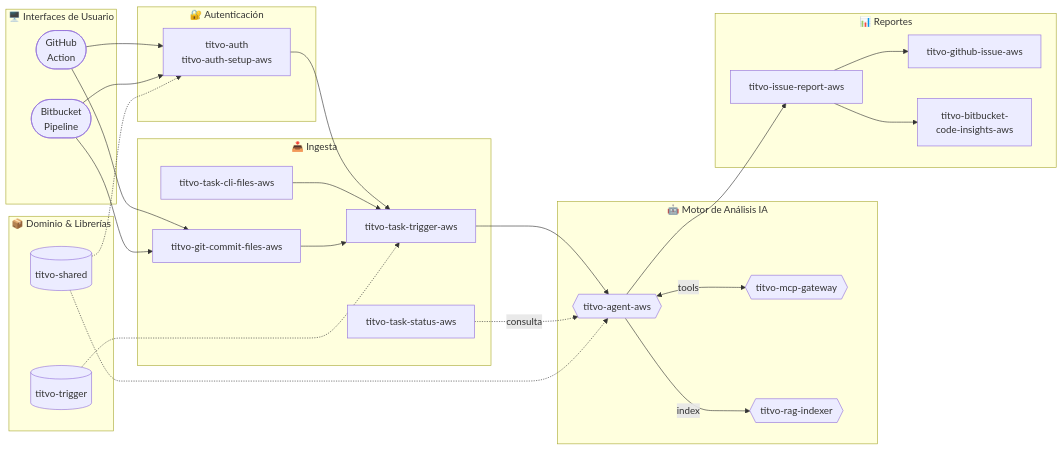
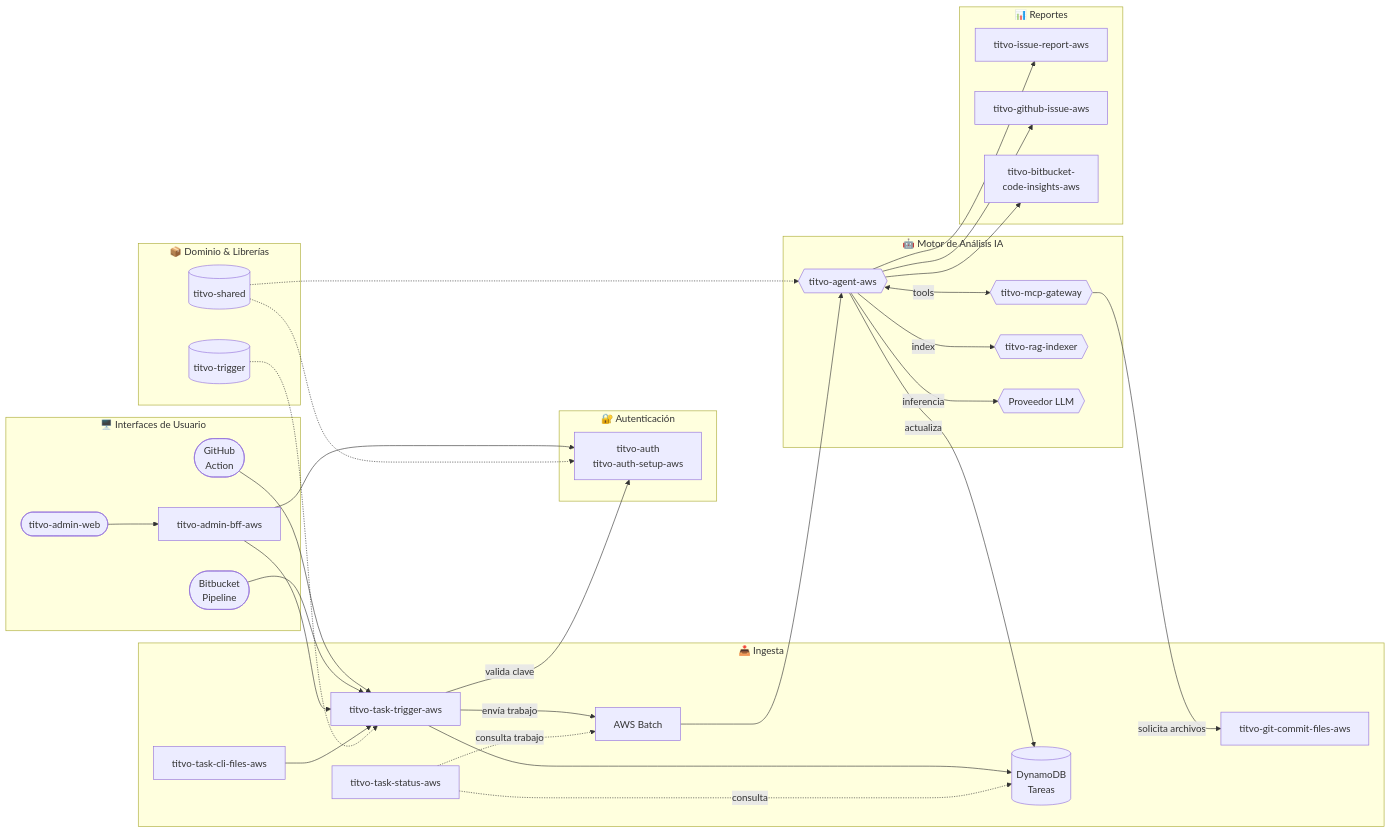
The diagram in README.md (KaribuLab/titvo), drawn with Mermaid before and after one commit. The commit also changed other lines of this file, not shown here.

Commit message:
docs: Actualizar índice de repositorios y diagrama de arquitectura

````diff
--- a/README.md
+++ b/README.md
@@ -23,57 +23,68 @@
 ```mermaid
 flowchart LR
     subgraph Interfaces["🖥️  Interfaces de Usuario"]
         GHA(["GitHub\nAction"])
         BBP(["Bitbucket\nPipeline"])
+        AdminWeb(["titvo-admin-web"])
+        AdminBFF["titvo-admin-bff-aws"]
     end
 
     subgraph AuthGroup["🔐  Autenticación"]
         Auth["titvo-auth\ntitvo-auth-setup-aws"]
     end
 
     subgraph Ingestion["📥  Ingesta"]
         CLIFiles["titvo-task-cli-files-aws"]
         GitFiles["titvo-git-commit-files-aws"]
         Trigger["titvo-task-trigger-aws"]
         Status["titvo-task-status-aws"]
+        Batch["AWS Batch"]
+        Tasks[("DynamoDB\nTareas")]
     end
 
     subgraph AIEngine["🤖  Motor de Análisis IA"]
         Agent{{"titvo-agent-aws"}}
         MCP{{"titvo-mcp-gateway"}}
         RAG{{"titvo-rag-indexer"}}
+        LLM{{"Proveedor LLM"}}
     end
 
     subgraph Reports["📊  Reportes"]
         Report["titvo-issue-report-aws"]
         GHIssue["titvo-github-issue-aws"]
         BBInsights["titvo-bitbucket-\ncode-insights-aws"]
     end
 
     subgraph Domain["📦  Dominio & Librerías"]
         Shared[("titvo-shared")]
         TriggerLib[("titvo-trigger")]
     end
 
-    GHA --> Auth
-    GHA --> GitFiles
-    BBP --> Auth
-    BBP --> GitFiles
+    GHA --> Trigger
+    BBP --> Trigger
+    AdminWeb --> AdminBFF
+    AdminBFF --> Auth
+    AdminBFF --> Trigger
 
-    Auth --> Trigger
+    Trigger -->|valida clave| Auth
     CLIFiles --> Trigger
-    GitFiles --> Trigger
 
-    Trigger --> Agent
+    Trigger -->|envía trabajo| Batch
+    Trigger --> Tasks
+    Batch --> Agent
     Agent <-->|tools| MCP
+    MCP -->|solicita archivos| GitFiles
+    Agent -->|inferencia| LLM
     Agent -->|index| RAG
-    Status -.->|consulta| Agent
+    Agent -->|actualiza| Tasks
+    Status -.->|consulta| Tasks
+    Status -.->|consulta trabajo| Batch
 
     Agent --> Report
-    Report --> GHIssue
-    Report --> BBInsights
+    Agent --> GHIssue
+    Agent --> BBInsights
 
     Shared -.-> Auth
     Shared -.-> Agent
     TriggerLib -.-> Trigger
 ```
````
